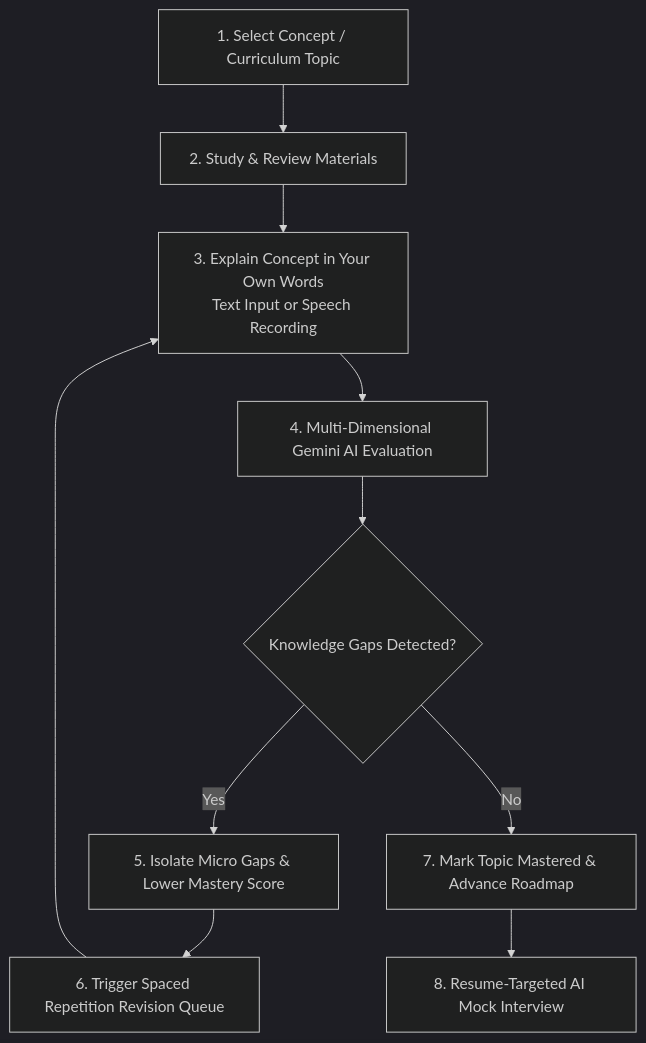
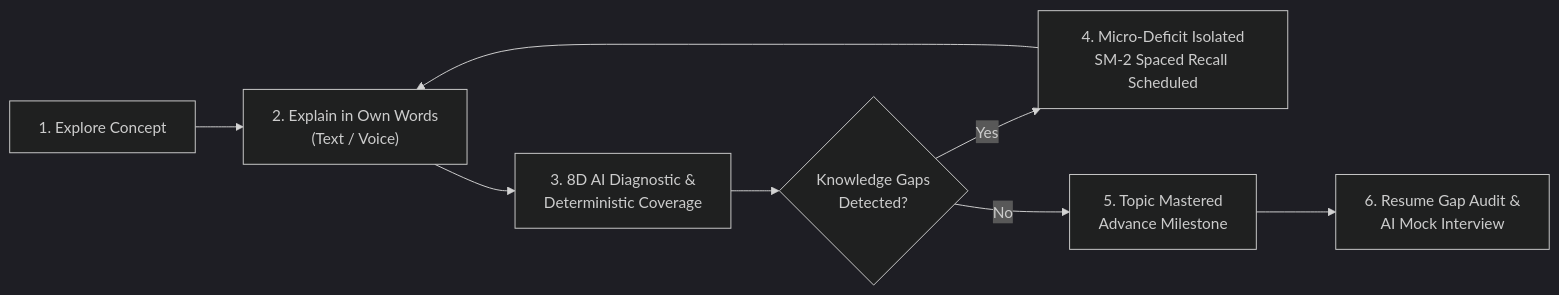
Before and after one commit to anusha-2024-aia/reverse-learning-app: the first of 4 diagrams in README.md, drawn with Mermaid (dark theme). The commit also changed other lines of this file and 18 other files, not shown here.

````diff
--- a/README.md
+++ b/README.md
@@ -47,12 +26,10 @@
 ```mermaid
-flowchart TD
-    A[1. Select Concept / Curriculum Topic] --> B[2. Study & Review Materials]
-    B --> C[3. Explain Concept in Your Own Words<br/>Text Input or Speech Recording]
-    C --> D[4. Multi-Dimensional Gemini AI Evaluation]
-    D --> E{Knowledge Gaps Detected?}
-    E -- Yes --> F[5. Isolate Micro Gaps & Lower Mastery Score]
-    F --> G[6. Trigger Spaced Repetition Revision Queue]
-    G --> C
-    E -- No --> H[7. Mark Topic Mastered & Advance Roadmap]
-    H --> I[8. Resume-Targeted AI Mock Interview]
+flowchart LR
+    A["1. Explore Concept"] --> B["2. Explain in Own Words<br/>(Text / Voice)"]
+    B --> C["3. 8D AI Diagnostic &<br/>Deterministic Coverage"]
+    C --> D{"Knowledge Gaps<br/>Detected?"}
+    D -- Yes --> E["4. Micro-Deficit Isolated<br/>SM-2 Spaced Recall Scheduled"]
+    E --> B
+    D -- No --> F["5. Topic Mastered<br/>Advance Milestone"]
+    F --> G["6. Resume Gap Audit &<br/>AI Mock Interview"]
 ```
````
